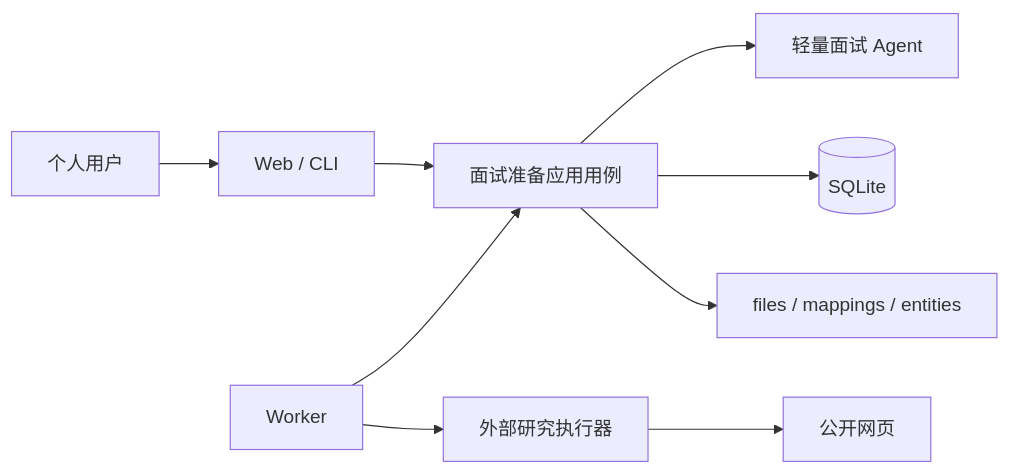
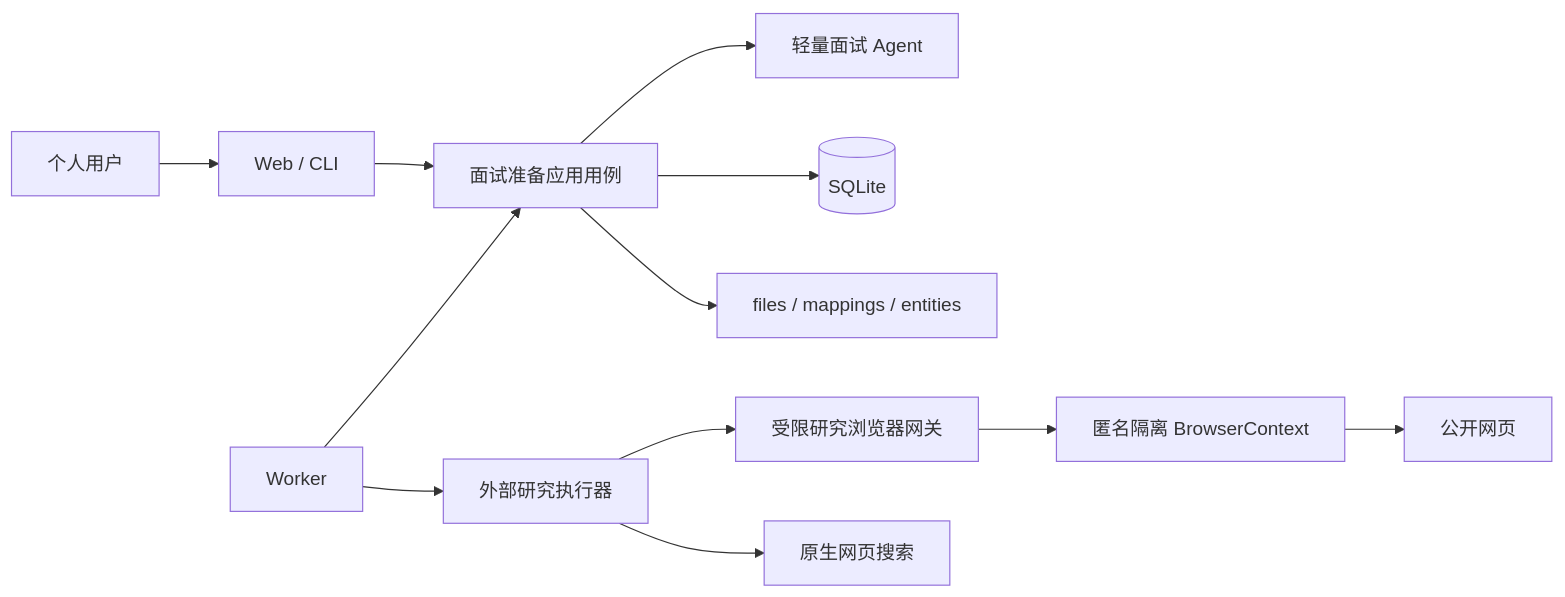
Before and after one commit to MonarchMan/JobHunter: the second of 2 diagrams in docs/arch/interview-preparation.md, drawn with Mermaid. The commit also changed other lines of this file and 104 other files, not shown here.

````diff
--- a/docs/arch/interview-preparation.md
+++ b/docs/arch/interview-preparation.md
@@ -454,11 +474,14 @@
 ```mermaid
 flowchart LR
     U["个人用户"] --> ENTRY["Web / CLI"]
     ENTRY --> INTERVIEW["面试准备应用用例"]
     WORKER["Worker"] --> INTERVIEW
     INTERVIEW --> AGENT["轻量面试 Agent"]
     INTERVIEW --> DB[("SQLite")]
     INTERVIEW --> FILES["files / mappings / entities"]
     WORKER --> EXEC["外部研究执行器"]
-    EXEC --> PUBLIC["公开网页"]
+    EXEC --> GATEWAY["受限研究浏览器网关"]
+    EXEC --> PUBLIC["原生网页搜索"]
+    GATEWAY --> BROWSER["匿名隔离 BrowserContext"]
+    BROWSER --> PUBLIC_PAGE["公开网页"]
 ```
````
